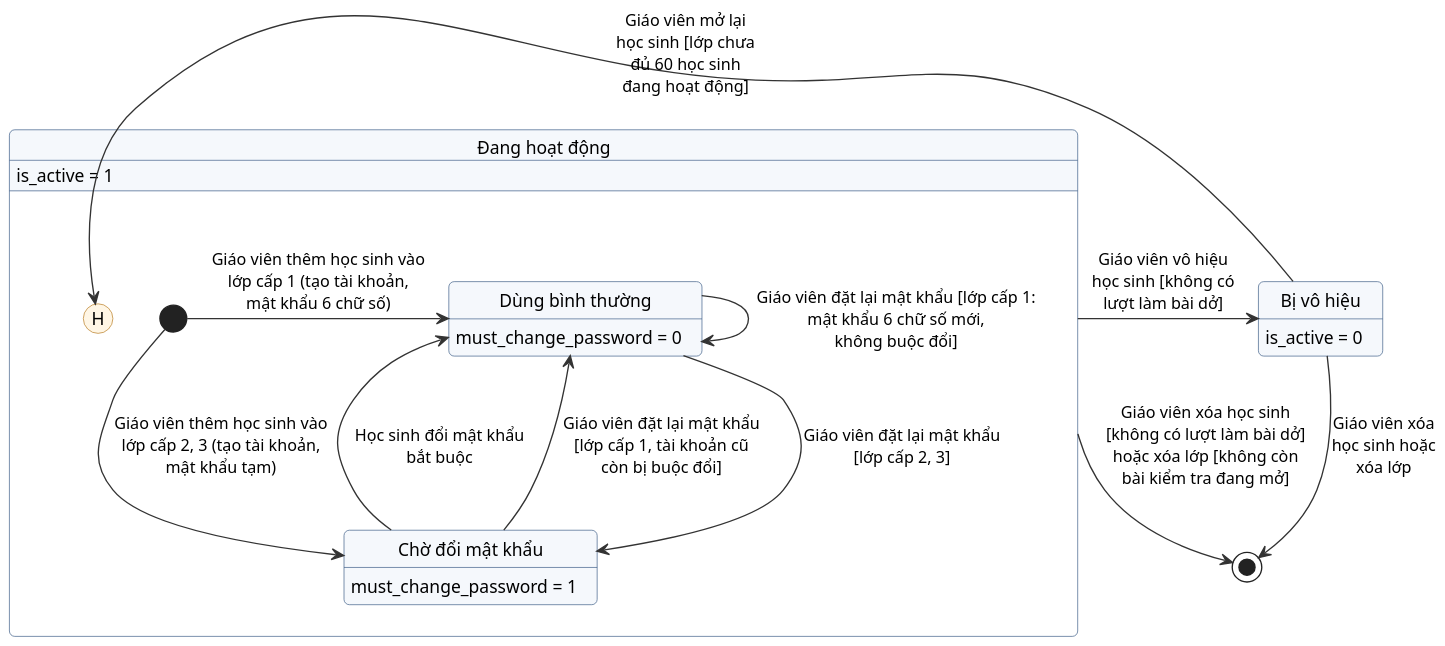
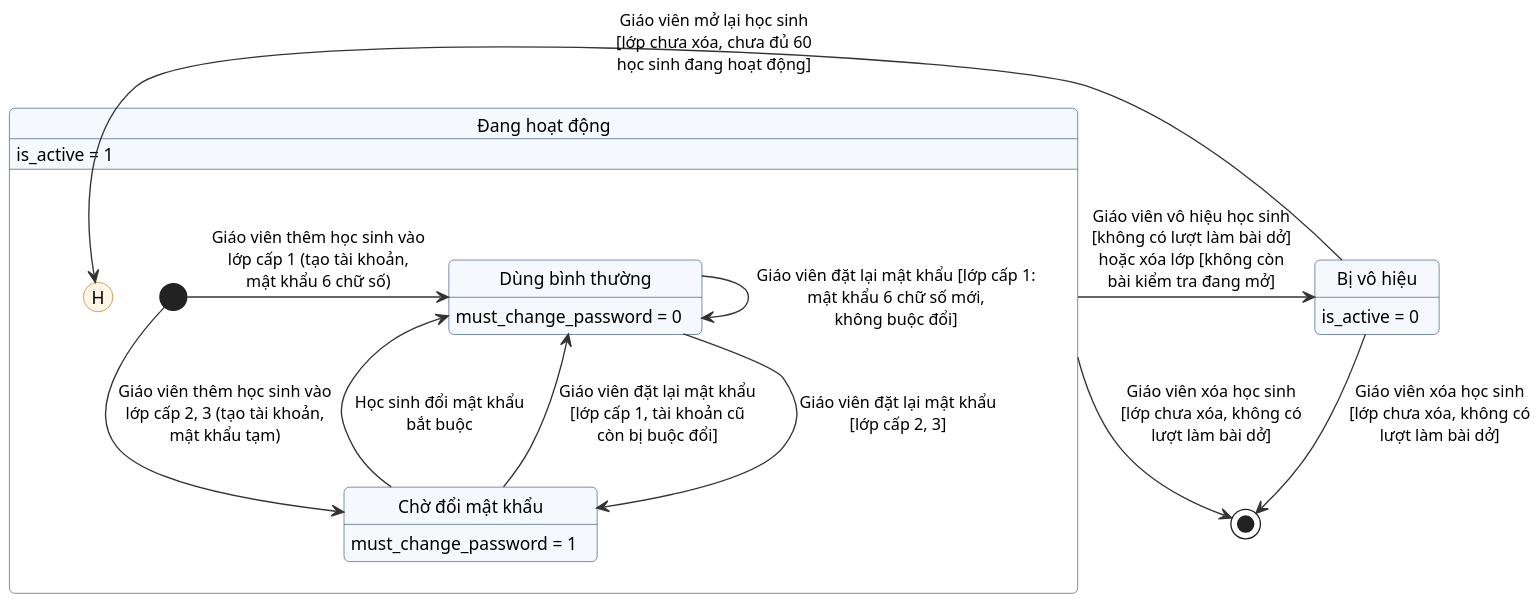
One commit to Nho2708/BE_Cultural_Heritage- changed the diagram in docs/so-do/vi/trang-thai-tai-khoan-hoc-sinh.puml. Above: the diagram before and after it, drawn with PlantUML. The commit also changed 23 other files, not shown here.

First line of the commit message:
Update design diagrams and database overview to the current behavior (#50)

```diff
--- a/docs/so-do/vi/trang-thai-tai-khoan-hoc-sinh.puml
+++ b/docs/so-do/vi/trang-thai-tai-khoan-hoc-sinh.puml
@@ -1,43 +1,43 @@
 @startuml
 skinparam defaultFontName Arial
 skinparam defaultFontSize 13
 skinparam dpi 150
 skinparam shadowing false
 skinparam roundCorner 8
 skinparam ArrowColor #333333
 skinparam ArrowFontSize 12
 skinparam ActivityBackgroundColor #F5F8FC
 skinparam ActivityBorderColor #3B5B85
 skinparam ActivityDiamondBackgroundColor #FFF6E5
 skinparam ActivityDiamondBorderColor #B7791F
 skinparam SwimlaneTitleFontStyle bold
 skinparam StateBackgroundColor #F5F8FC
 skinparam StateBorderColor #3B5B85
 skinparam ComponentBackgroundColor #F5F8FC
 skinparam ComponentBorderColor #3B5B85
 skinparam NodeBackgroundColor #FFFFFF
 skinparam NodeBorderColor #555555
 skinparam DatabaseBackgroundColor #F5F8FC
 skinparam CloudBackgroundColor #FFFFFF
 skinparam ClassBackgroundColor #FFFFFF
 skinparam ClassBorderColor #3B5B85
 skinparam ClassHeaderBackgroundColor #E8EEF6
 skinparam PackageBorderColor #8A9BB3
 hide empty description
 state "Đang hoạt động" as STUDENT_ACTIVE {
   state "Chờ đổi mật khẩu" as MUST_CHANGE : must_change_password = 1
   state "Dùng bình thường" as NORMAL : must_change_password = 0
   MUST_CHANGE --> NORMAL : Học sinh đổi mật khẩu\nbắt buộc
   NORMAL --> MUST_CHANGE : Giáo viên đặt lại mật khẩu\n[lớp cấp 2, 3]
   [*] --> MUST_CHANGE : Giáo viên thêm học sinh vào\nlớp cấp 2, 3 (tạo tài khoản,\nmật khẩu tạm)
   [*] -right-> NORMAL : Giáo viên thêm học sinh vào\nlớp cấp 1 (tạo tài khoản,\nmật khẩu 6 chữ số)
   MUST_CHANGE --> NORMAL : Giáo viên đặt lại mật khẩu\n[lớp cấp 1, tài khoản cũ\ncòn bị buộc đổi]
   NORMAL --> NORMAL : Giáo viên đặt lại mật khẩu [lớp cấp 1:\nmật khẩu 6 chữ số mới,\nkhông buộc đổi]
 }
 STUDENT_ACTIVE : is_active = 1
 state "Bị vô hiệu" as STUDENT_INACTIVE : is_active = 0
-STUDENT_ACTIVE --> STUDENT_INACTIVE : Giáo viên vô hiệu\nhọc sinh [không có\nlượt làm bài dở]
-STUDENT_INACTIVE --> STUDENT_ACTIVE[H] : Giáo viên mở lại\nhọc sinh [lớp chưa\nđủ 60 học sinh\nđang hoạt động]
-STUDENT_ACTIVE --> [*] : Giáo viên xóa học sinh\n[không có lượt làm bài dở]\nhoặc xóa lớp [không còn\nbài kiểm tra đang mở]
-STUDENT_INACTIVE --> [*] : Giáo viên xóa\nhọc sinh hoặc\nxóa lớp
+STUDENT_ACTIVE --> STUDENT_INACTIVE : Giáo viên vô hiệu học sinh\n[không có lượt làm bài dở]\nhoặc xóa lớp [không còn\nbài kiểm tra đang mở]
+STUDENT_INACTIVE --> STUDENT_ACTIVE[H] : Giáo viên mở lại học sinh\n[lớp chưa xóa, chưa đủ 60\nhọc sinh đang hoạt động]
+STUDENT_ACTIVE --> [*] : Giáo viên xóa học sinh\n[lớp chưa xóa, không có\nlượt làm bài dở]
+STUDENT_INACTIVE --> [*] : Giáo viên xóa học sinh\n[lớp chưa xóa, không có\nlượt làm bài dở]
 @enduml
```
